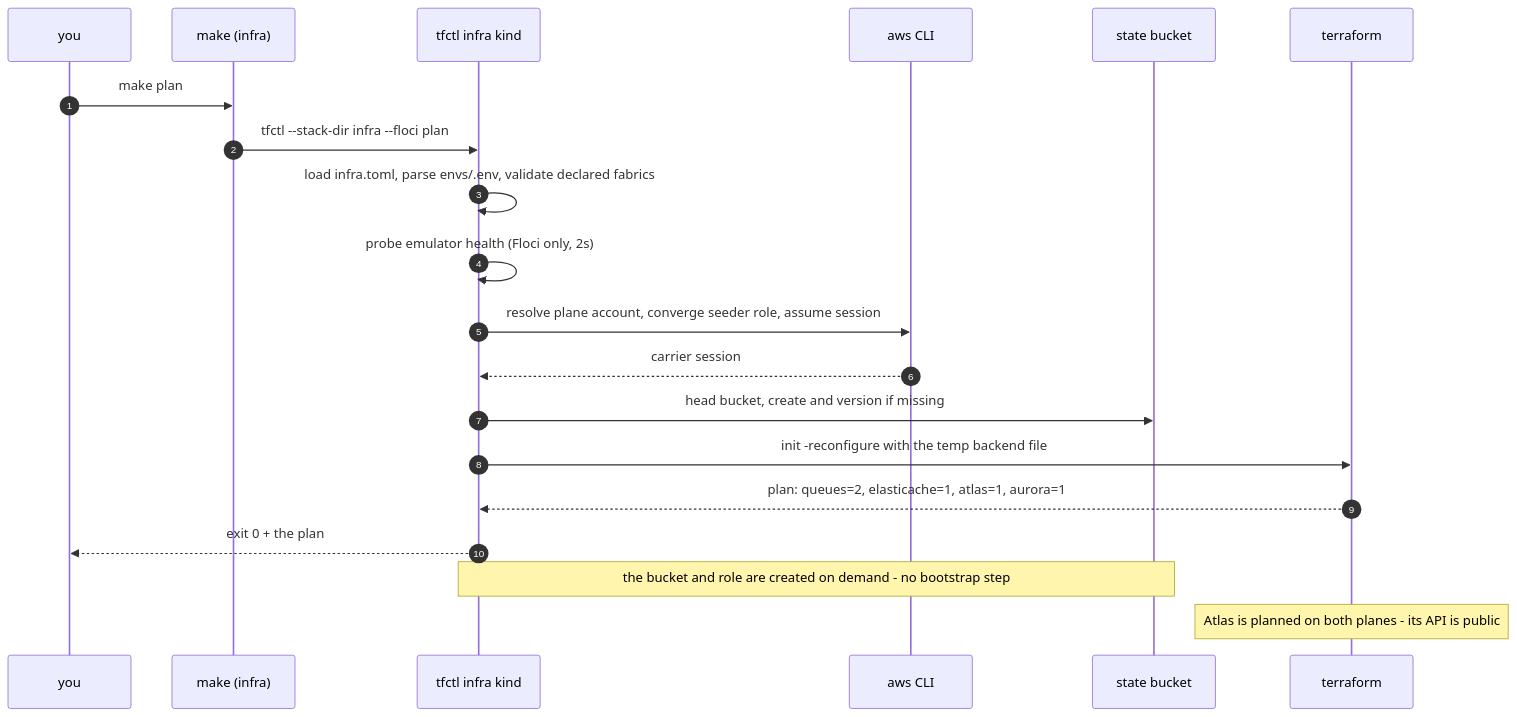
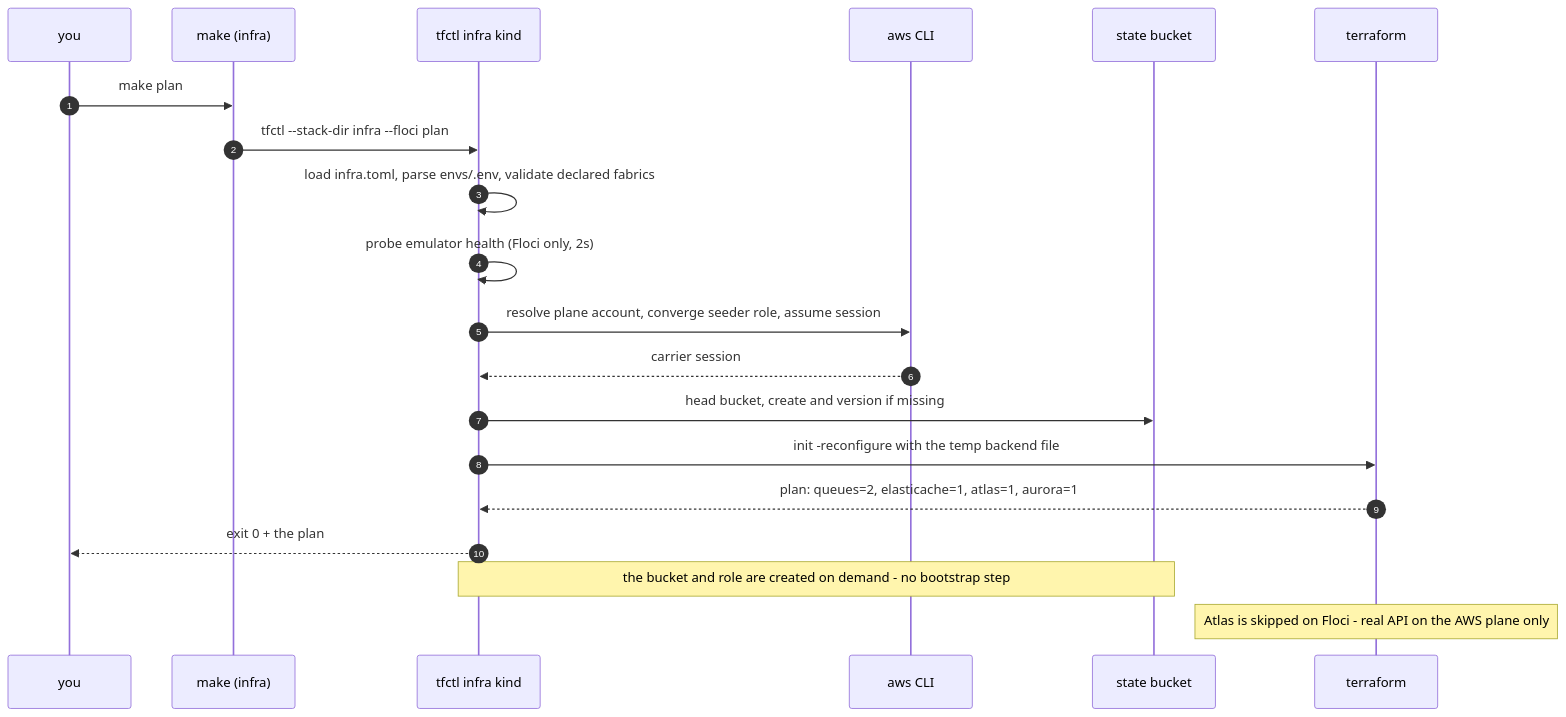
Before and after one commit to kunalPisolkar24/detectAI: the second of 3 diagrams in infra/docs/concepts/architecture.md, drawn with Mermaid. The commit also changed other lines of this file and 25 other files, not shown here.

Commit message:
Make Atlas AWS-only so Floci runs never call MongoDB Cloud

````diff
--- a/infra/docs/concepts/architecture.md
+++ b/infra/docs/concepts/architecture.md
@@ -62,23 +62,23 @@
 ```mermaid
 sequenceDiagram
     autonumber
     participant U as you
     participant M as make (infra)
     participant T as tfctl infra kind
     participant A as aws CLI
     participant S as state bucket
     participant TF as terraform
 
     U->>M: make plan
     M->>T: tfctl --stack-dir infra --floci plan
     T->>T: load infra.toml, parse envs/.env, validate declared fabrics
     T->>T: probe emulator health (Floci only, 2s)
     T->>A: resolve plane account, converge seeder role, assume session
     A-->>T: carrier session
     T->>S: head bucket, create and version if missing
     T->>TF: init -reconfigure with the temp backend file
     TF-->>T: plan: queues=2, elasticache=1, atlas=1, aurora=1
     T-->>U: exit 0 + the plan
     note over T,S: the bucket and role are created on demand - no bootstrap step
-    note over TF: Atlas is planned on both planes - its API is public
+    note over TF: Atlas is skipped on Floci - real API on the AWS plane only
 ```
````
